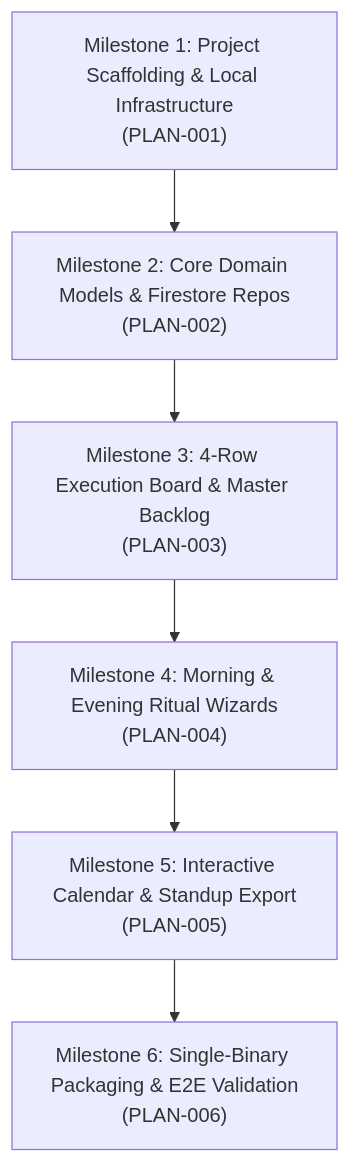
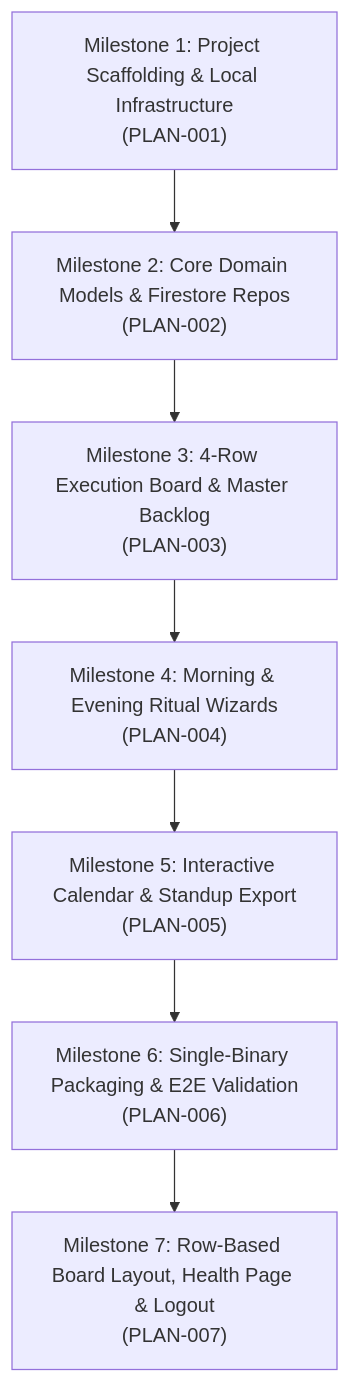
One commit to chadzink/daily-check-in changed the diagram in plans/ROADMAP.md. Above: the diagram before and after it, drawn with Mermaid. The commit also changed other lines of this file and 24 other files, not shown here.

First line of the commit message:
feat(plan-007): switch board to rows, move health to modal, and add Firebase Auth logout

````diff
--- a/plans/ROADMAP.md
+++ b/plans/ROADMAP.md
@@ -10,15 +10,17 @@
 ```mermaid
 flowchart TD
     M1["Milestone 1: Project Scaffolding & Local Infrastructure<br>(PLAN-001)"]
     M2["Milestone 2: Core Domain Models & Firestore Repos<br>(PLAN-002)"]
     M3["Milestone 3: 4-Row Execution Board & Master Backlog<br>(PLAN-003)"]
     M4["Milestone 4: Morning & Evening Ritual Wizards<br>(PLAN-004)"]
     M5["Milestone 5: Interactive Calendar & Standup Export<br>(PLAN-005)"]
     M6["Milestone 6: Single-Binary Packaging & E2E Validation<br>(PLAN-006)"]
+    M7["Milestone 7: Row-Based Board Layout, Health Page & Logout<br>(PLAN-007)"]
 
     M1 --> M2
     M2 --> M3
     M3 --> M4
     M4 --> M5
     M5 --> M6
+    M6 --> M7
 ```
````
